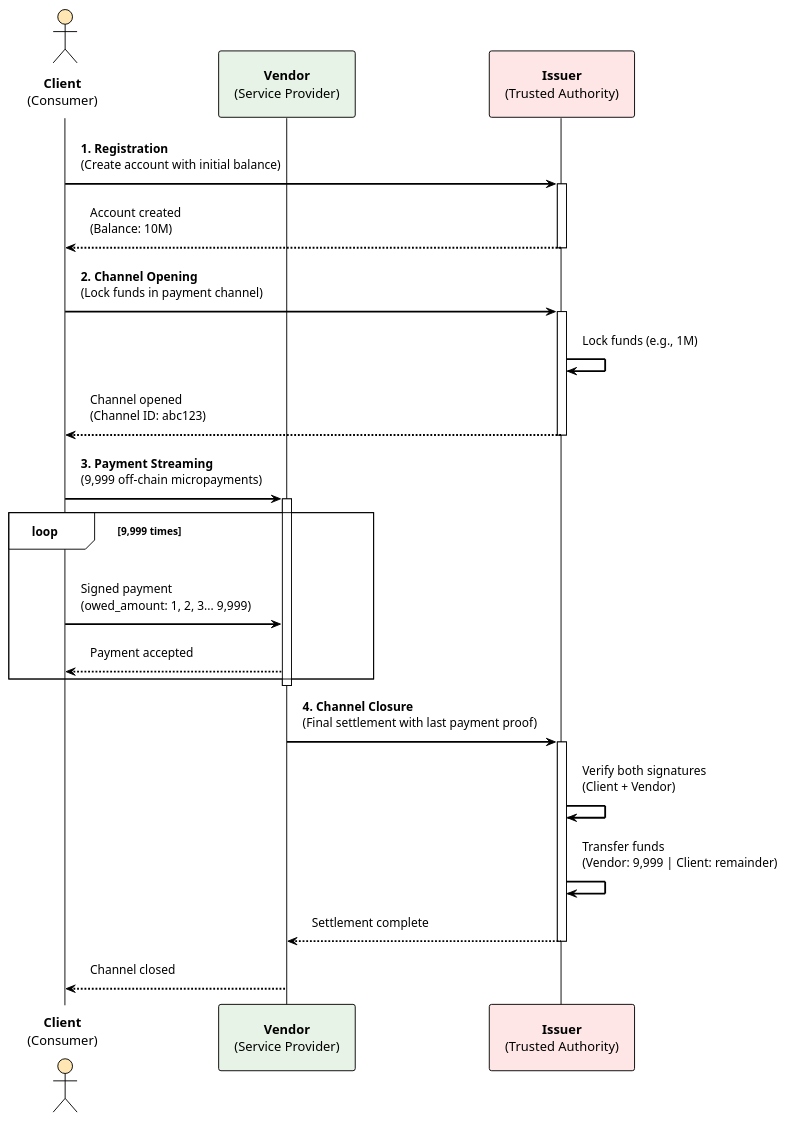
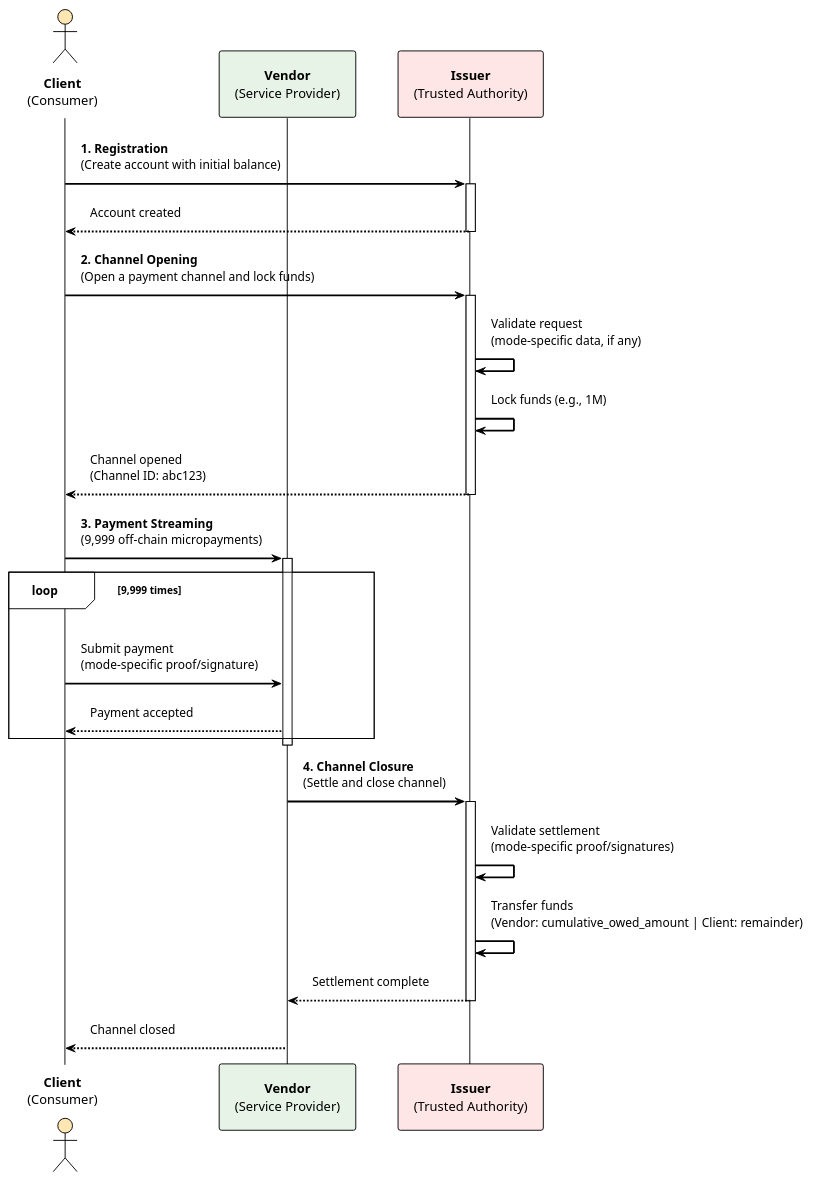
Before and after one commit to otaviootavio/nanomoni: the diagram in umls/system-overview.puml, drawn with PlantUML. The commit also changed 73 other files, not shown here.

First line of the commit message:
Refactor payment channel handling and update terminology

```diff
--- a/umls/system-overview.puml
+++ b/umls/system-overview.puml
@@ -1,49 +1,50 @@
 @startuml System_Overview
 
 !theme plain
 skinparam backgroundColor white
 skinparam componentStyle rectangle
 skinparam padding 10
 skinparam BoxPadding 10
 skinparam RectanglePadding 10
 skinparam RectangleBorderThickness 2
 skinparam Shadowing false
 skinparam ArrowThickness 2
 
 actor "**Client**\n(Consumer)" as Client #FFE6B3
 participant "**Vendor**\n(Service Provider)" as Vendor #E6F3E6
 participant "**Issuer**\n(Trusted Authority)" as Issuer #FFE6E6
 
 
 Client -> Issuer: **1. Registration**\n(Create account with initial balance)
 activate Issuer
-Issuer --> Client: Account created\n(Balance: 10M)
+Issuer --> Client: Account created
 deactivate Issuer
 
-Client -> Issuer: **2. Channel Opening**\n(Lock funds in payment channel)
+Client -> Issuer: **2. Channel Opening**\n(Open a payment channel and lock funds)
 activate Issuer
+Issuer -> Issuer: Validate request\n(mode-specific data, if any)
 Issuer -> Issuer: Lock funds (e.g., 1M)
 Issuer --> Client: Channel opened\n(Channel ID: abc123)
 deactivate Issuer
 
 
 Client -> Vendor: **3. Payment Streaming**\n(9,999 off-chain micropayments)
 activate Vendor
 
 loop 9,999 times
-  Client -> Vendor: Signed payment\n(owed_amount: 1, 2, 3... 9,999)
+  Client -> Vendor: Submit payment\n(mode-specific proof/signature)
   Vendor --> Client: Payment accepted
 end
 
 deactivate Vendor
 
-Vendor -> Issuer: **4. Channel Closure**\n(Final settlement with last payment proof)
+Vendor -> Issuer: **4. Channel Closure**\n(Settle and close channel)
 activate Issuer
-Issuer -> Issuer: Verify both signatures\n(Client + Vendor)
-Issuer -> Issuer: Transfer funds\n(Vendor: 9,999 | Client: remainder)
+Issuer -> Issuer: Validate settlement\n(mode-specific proof/signatures)
+Issuer -> Issuer: Transfer funds\n(Vendor: cumulative_owed_amount | Client: remainder)
 Issuer --> Vendor: Settlement complete
 deactivate Issuer
 
 Vendor --> Client: Channel closed
 
 @enduml
```
